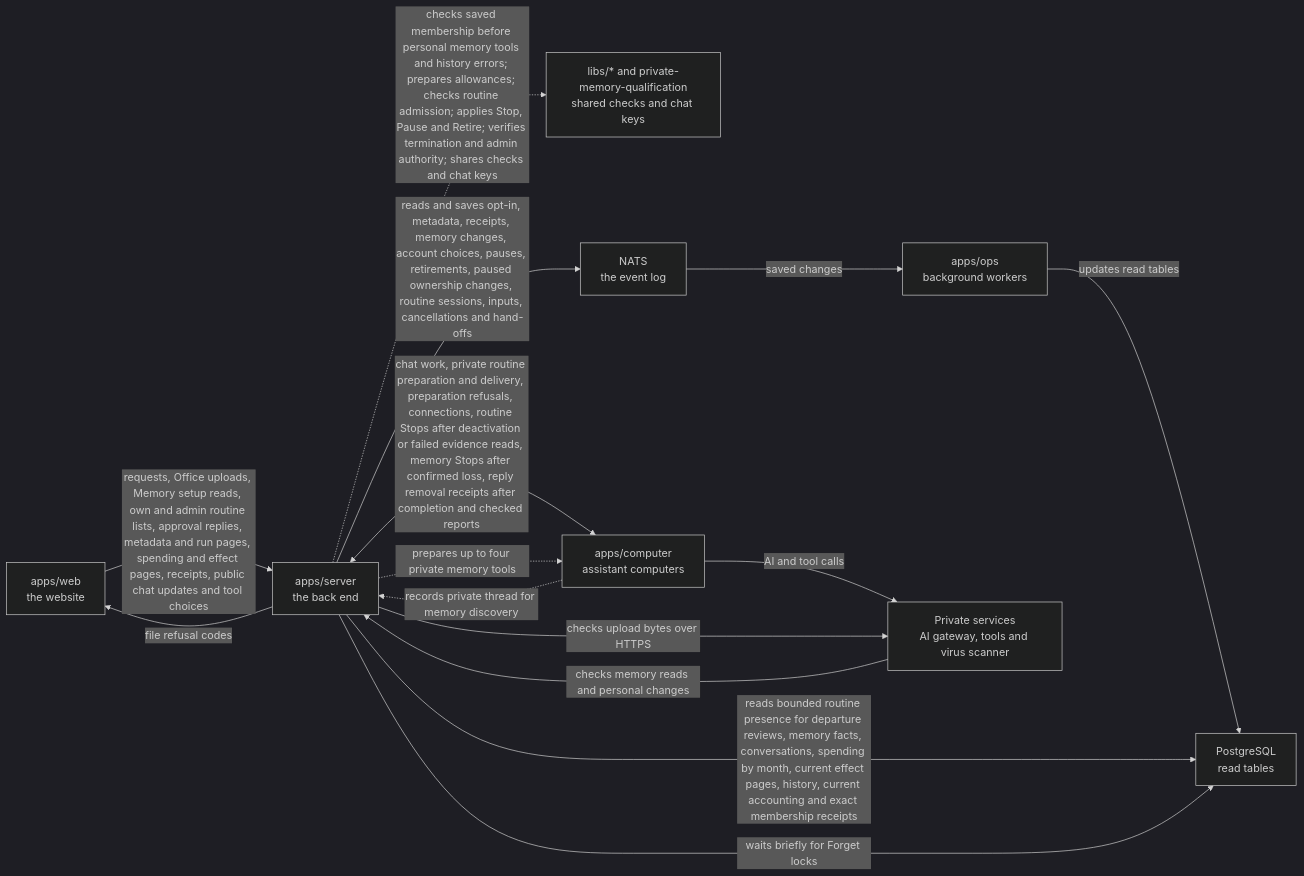
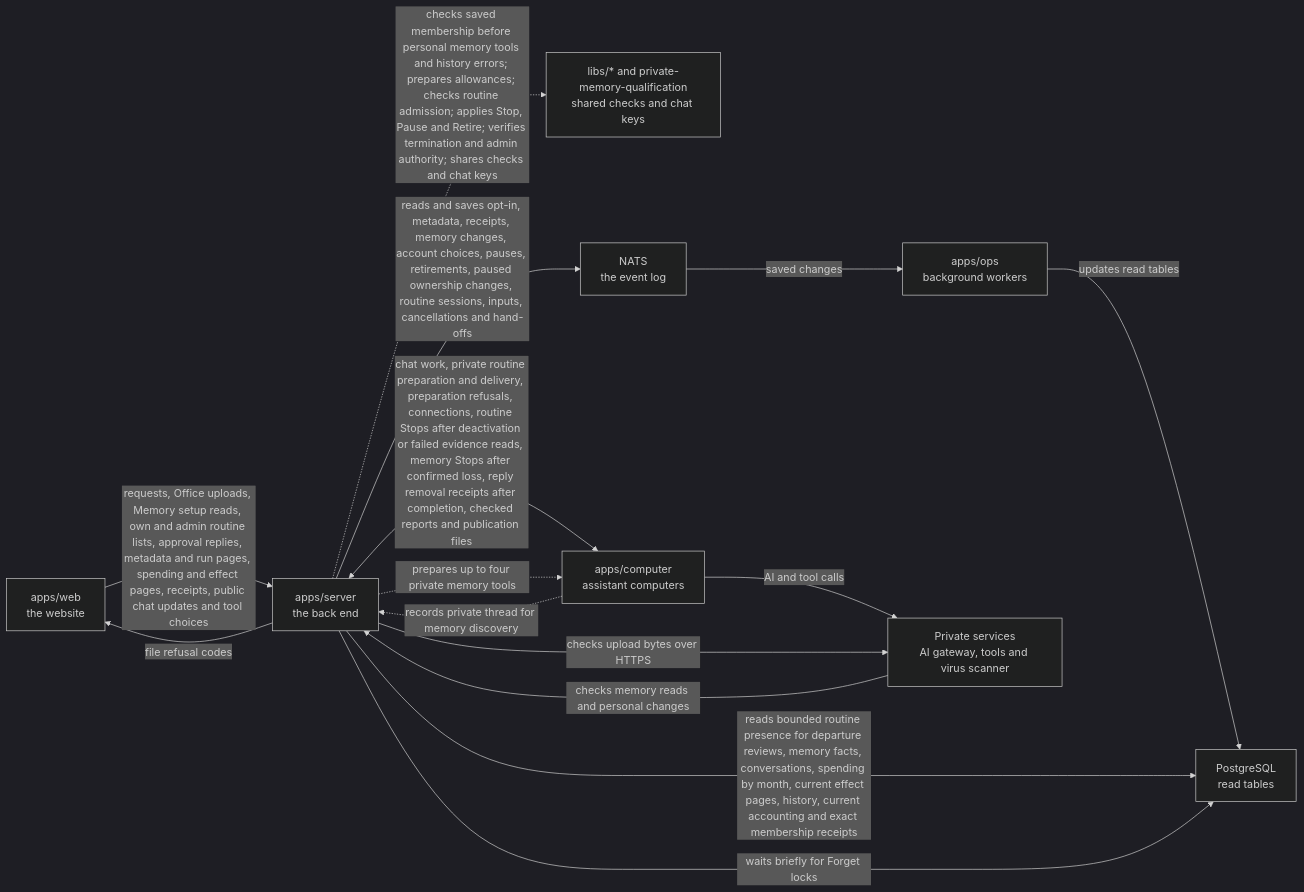
The diagram in apps/server/README.md (elewa-git/opencrane-new), drawn with Mermaid (dark theme) before and after one commit. The commit also changed other lines of this file and 40 other files, not shown here.

````diff
--- a/apps/server/README.md
+++ b/apps/server/README.md
@@ -178,17 +178,17 @@
 ```mermaid
 flowchart LR
   web["apps/web<br/>the website"] -->|requests, Office uploads, Memory setup reads, own and admin routine lists, approval replies, metadata and run pages, spending and effect pages, receipts, public chat updates and tool choices| server["apps/server<br/>the back end"]
   server -.->|checks saved membership before personal memory tools and history errors; prepares allowances; checks routine admission; applies Stop, Pause and Retire; verifies termination and admin authority; shares checks and chat keys| libs["libs/* and private-memory-qualification<br/>shared checks and chat keys"]
   server -->|reads and saves opt-in, metadata, receipts, memory changes, account choices, pauses, retirements, paused ownership changes, routine sessions, inputs, cancellations and hand-offs| nats["NATS<br/>the event log"]
   nats -->|saved changes| ops["apps/ops<br/>background workers"]
   ops -->|updates read tables| postgres["PostgreSQL<br/>read tables"]
   server -->|reads bounded routine presence for departure reviews, memory facts, conversations, spending by month, current effect pages, history, current accounting and exact membership receipts| postgres
   server -->|waits briefly for Forget locks| postgres
-  server <-->|chat work, private routine preparation and delivery, preparation refusals, connections, routine Stops after deactivation or failed evidence reads, memory Stops after confirmed loss, reply removal receipts after completion and checked reports| computer["apps/computer<br/>assistant computers"]
+  server <-->|chat work, private routine preparation and delivery, preparation refusals, connections, routine Stops after deactivation or failed evidence reads, memory Stops after confirmed loss, reply removal receipts after completion, checked reports and publication files| computer["apps/computer<br/>assistant computers"]
   computer -.->|records private thread for memory discovery| server
   server -.->|prepares up to four private memory tools| computer
   computer -->|AI and tool calls| runtime["Private services<br/>AI gateway, tools and virus scanner"]
   server -->|file refusal codes| web
   server -->|checks upload bytes over HTTPS| runtime
   runtime -->|checks memory reads and personal changes| server
 ```
````
